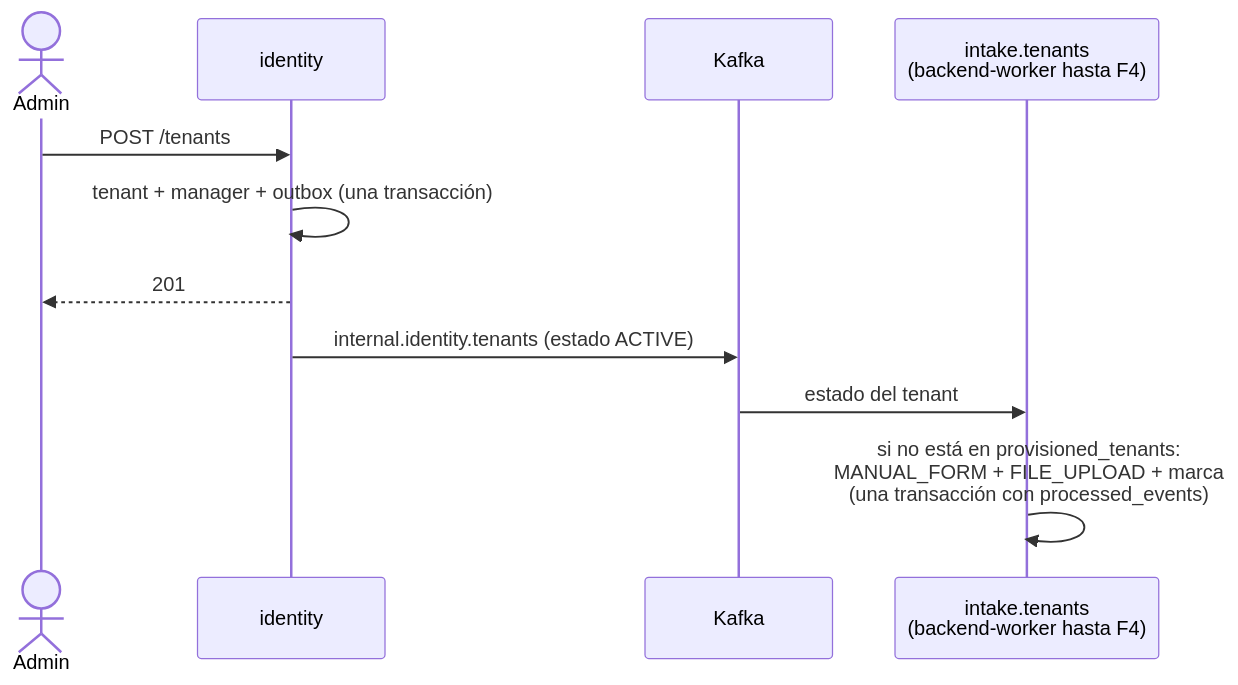
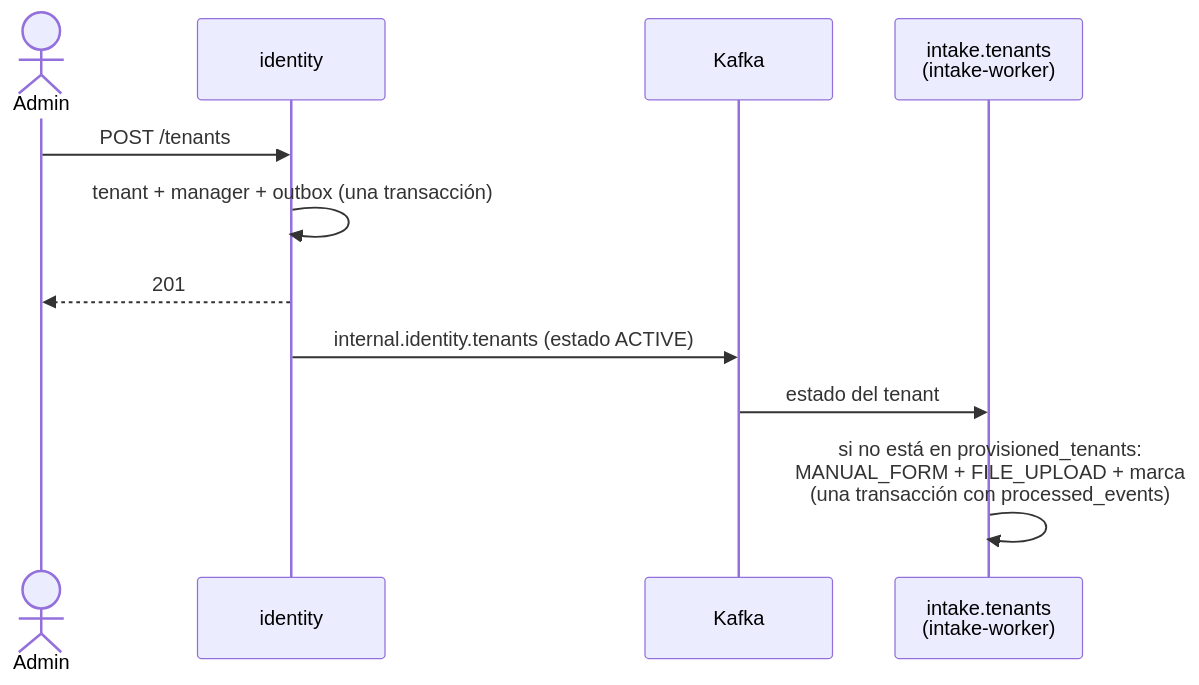
One commit to MDCIrony/leads-hexa changed the third of 3 diagrams in docs/content/microservices/02-servicios-y-datos.md. Above: the diagram before and after it, drawn with Mermaid. The commit also changed other lines of this file and 33 other files, not shown here.

````diff
--- a/docs/content/microservices/02-servicios-y-datos.md
+++ b/docs/content/microservices/02-servicios-y-datos.md
@@ -131,14 +131,14 @@
 ```mermaid
 sequenceDiagram
     actor Admin
     participant ID as identity
     participant K as Kafka
-    participant IN as intake.tenants<br/>(backend-worker hasta F4)
+    participant IN as intake.tenants<br/>(intake-worker)
 
     Admin->>ID: POST /tenants
     ID->>ID: tenant + manager + outbox (una transacción)
     ID-->>Admin: 201
     ID->>K: internal.identity.tenants (estado ACTIVE)
     K->>IN: estado del tenant
     IN->>IN: si no está en provisioned_tenants:<br/>MANUAL_FORM + FILE_UPLOAD + marca<br/>(una transacción con processed_events)
 ```
````
